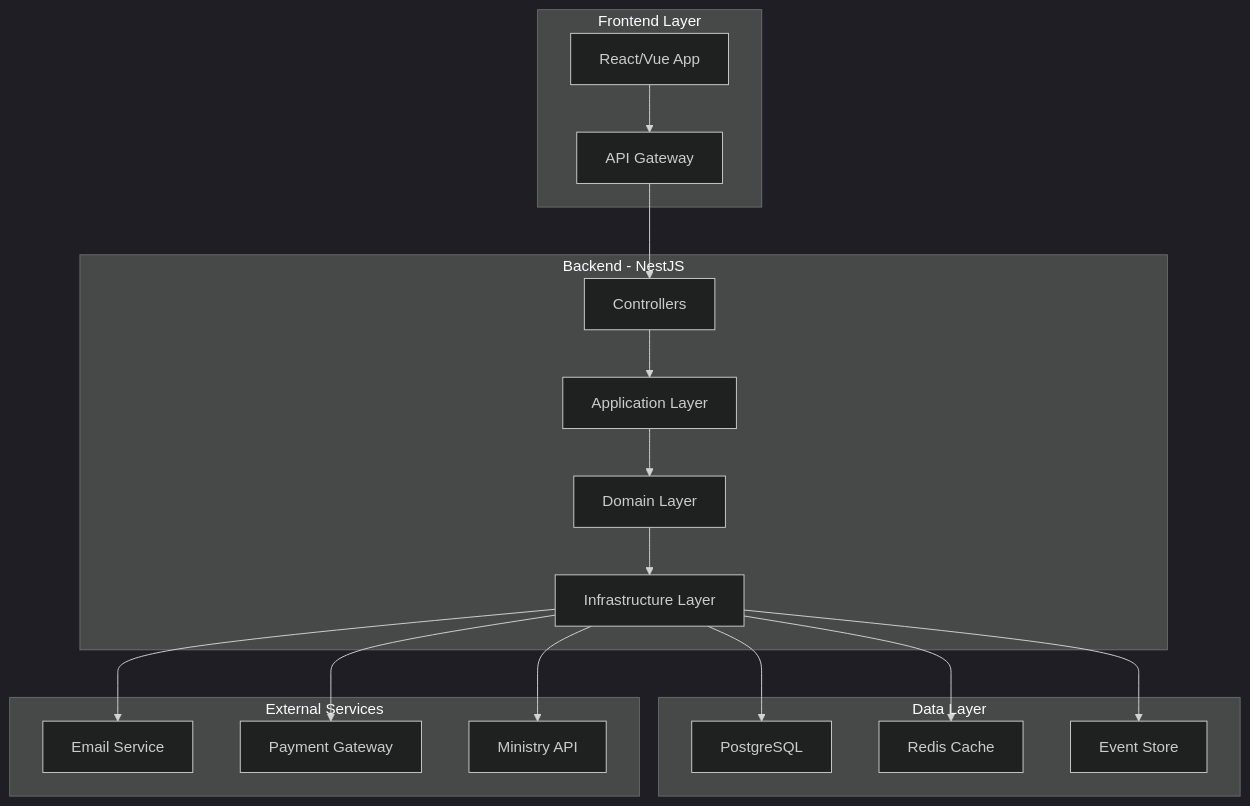
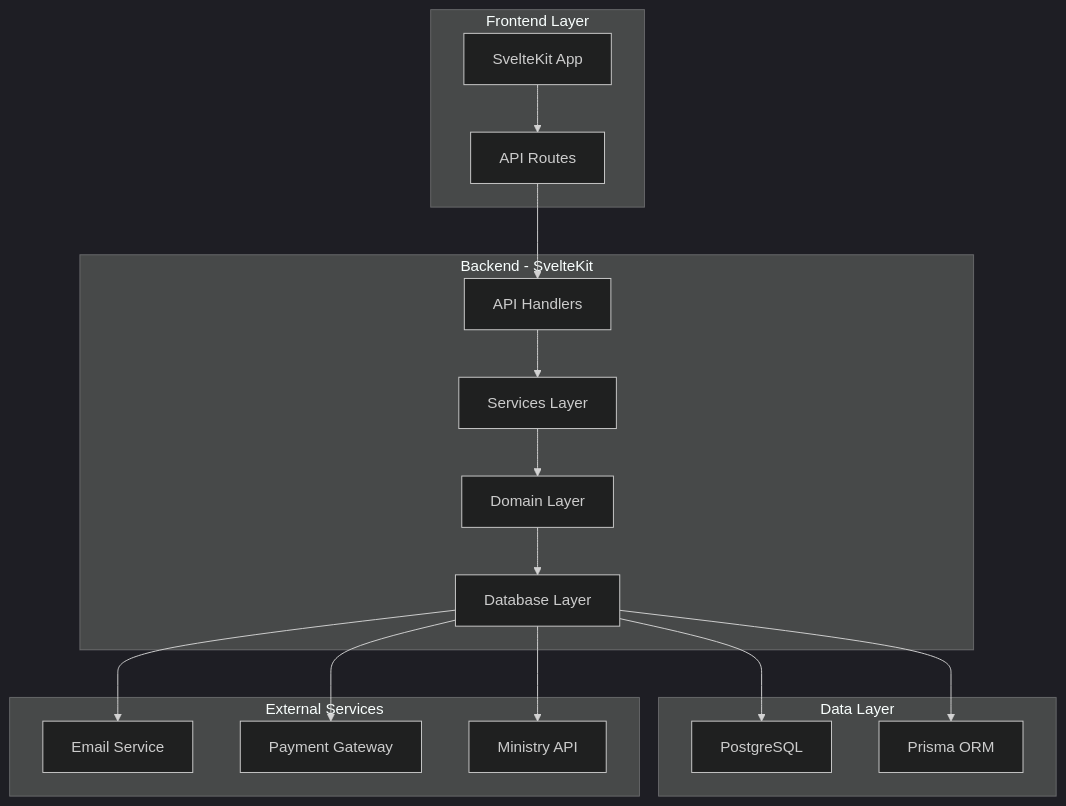
One commit to gustavo180591/freire changed the first of 7 diagrams in ARQUITECTURA_COMPLETA.md. Above: the diagram before and after it, drawn with Mermaid (dark theme). The commit also changed other lines of this file and 84 other files, not shown here.

````diff
--- a/ARQUITECTURA_COMPLETA.md
+++ b/ARQUITECTURA_COMPLETA.md
@@ -147,25 +158,24 @@
 ```mermaid
 graph TB
     subgraph "Frontend Layer"
-        A[React/Vue App] --> B[API Gateway]
+        A[SvelteKit App] --> B[API Routes]
     end
     
-    subgraph "Backend - NestJS"
-        B --> C[Controllers]
-        C --> D[Application Layer]
+    subgraph "Backend - SvelteKit"
+        B --> C[API Handlers]
+        C --> D[Services Layer]
         D --> E[Domain Layer]
-        E --> F[Infrastructure Layer]
+        E --> F[Database Layer]
     end
     
     subgraph "Data Layer"
         F --> G[PostgreSQL]
-        F --> H[Redis Cache]
-        F --> I[Event Store]
+        F --> H[Prisma ORM]
     end
     
     subgraph "External Services"
-        F --> J[Email Service]
-        F --> K[Payment Gateway]
-        F --> L[Ministry API]
+        F --> I[Email Service]
+        F --> J[Payment Gateway]
+        F --> K[Ministry API]
     end
 ```
````
